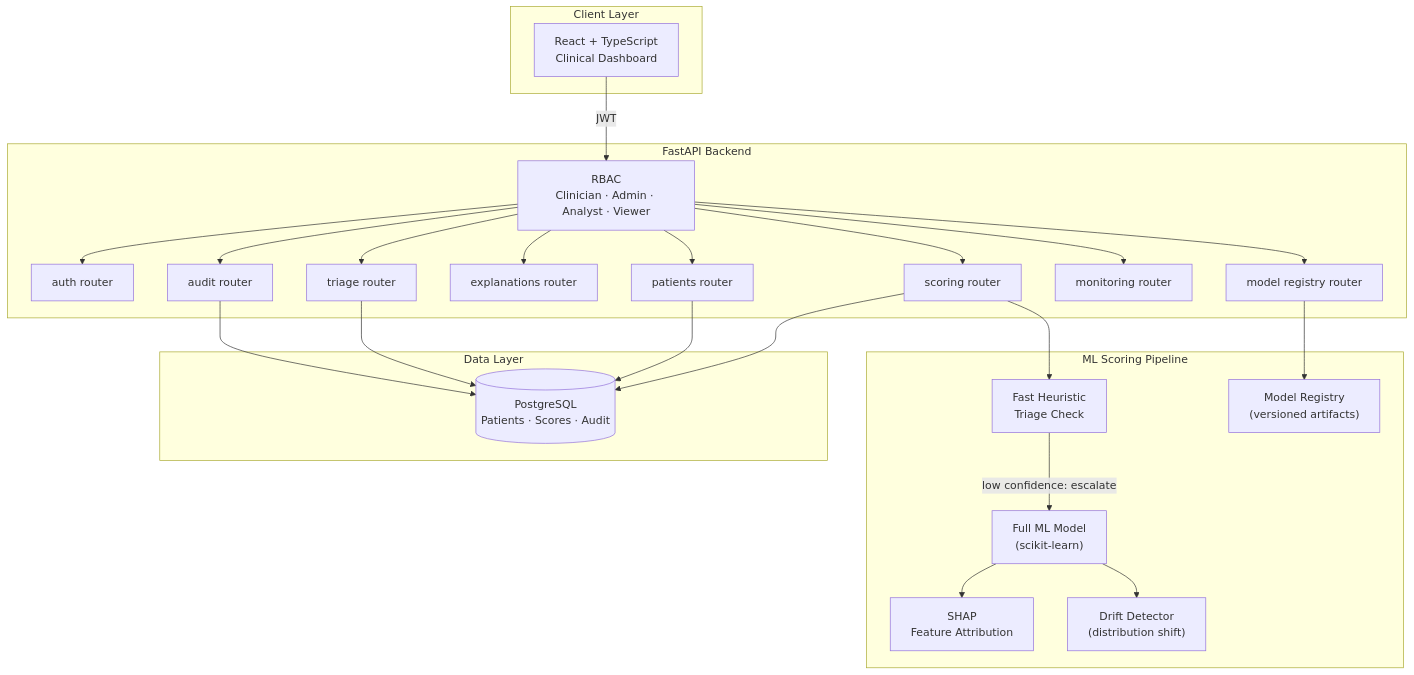
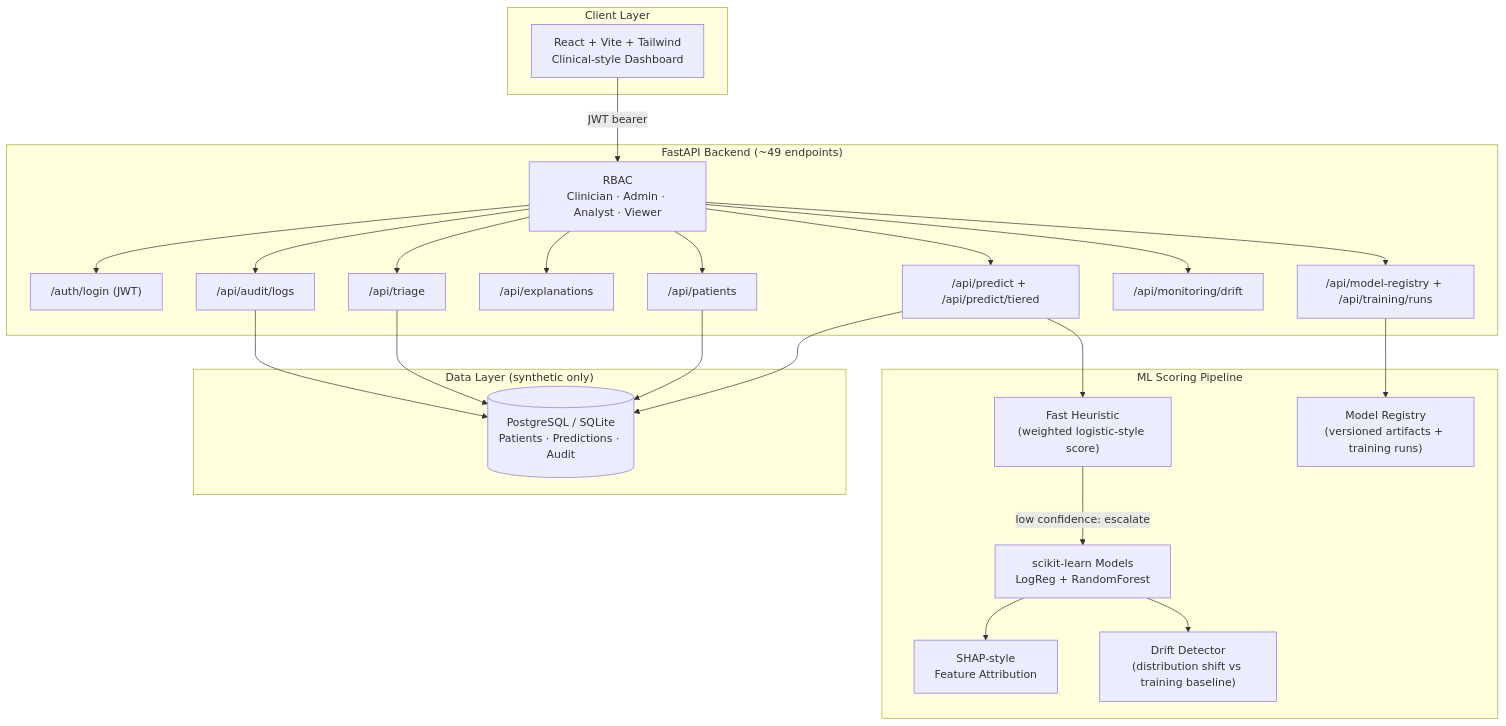
The diagram in README.md (RyanJBush/healthcare-risk-prediction-and-clinical-analytics-platform), drawn with Mermaid before and after one commit. The commit also changed other lines of this file and 5 other files, not shown here.

First line of the commit message:
docs: recruiter-readiness pass — README, architecture, API, runbook, screenshots

````diff
--- a/README.md
+++ b/README.md
@@ -45,39 +85,39 @@
 ```mermaid
 flowchart TD
     subgraph Client["Client Layer"]
-        UI["React + TypeScript\nClinical Dashboard"]
+        UI["React + Vite + Tailwind\nClinical-style Dashboard"]
     end
 
-    subgraph API["FastAPI Backend"]
-        R_AUTH["auth router"]
-        R_PAT["patients router"]
-        R_SCORE["scoring router"]
-        R_EXPLAIN["explanations router"]
-        R_TRIAGE["triage router"]
-        R_MODELS["model registry router"]
-        R_MONITOR["monitoring router"]
-        R_AUDIT["audit router"]
+    subgraph API["FastAPI Backend (~49 endpoints)"]
+        AUTH["/auth/login (JWT)"]
+        PAT["/api/patients"]
+        SCORE["/api/predict + /api/predict/tiered"]
+        EXPLAIN["/api/explanations"]
+        TRIAGE["/api/triage"]
+        REG["/api/model-registry + /api/training/runs"]
+        MON["/api/monitoring/drift"]
+        AUDIT["/api/audit/logs"]
         RBAC["RBAC\nClinician · Admin · Analyst · Viewer"]
     end
 
     subgraph ML["ML Scoring Pipeline"]
-        HEURISTIC["Fast Heuristic\nTriage Check"]
-        FULL_ML["Full ML Model\n(scikit-learn)"]
-        SHAP["SHAP\nFeature Attribution"]
-        DRIFT["Drift Detector\n(distribution shift)"]
-        REGISTRY["Model Registry\n(versioned artifacts)"]
+        HEURISTIC["Fast Heuristic\n(weighted logistic-style score)"]
+        FULL_ML["scikit-learn Models\nLogReg + RandomForest"]
+        SHAP["SHAP-style\nFeature Attribution"]
+        DRIFT["Drift Detector\n(distribution shift vs training baseline)"]
+        REGISTRY["Model Registry\n(versioned artifacts + training runs)"]
     end
 
-    subgraph Data["Data Layer"]
-        PG[("PostgreSQL\nPatients · Scores · Audit")]
+    subgraph Data["Data Layer (synthetic only)"]
+        DB[("PostgreSQL / SQLite\nPatients · Predictions · Audit")]
     end
 
-    UI -->|"JWT"| RBAC
-    RBAC --> R_AUTH & R_PAT & R_SCORE & R_EXPLAIN & R_TRIAGE & R_MODELS & R_MONITOR & R_AUDIT
-    R_SCORE --> HEURISTIC
+    UI -->|"JWT bearer"| RBAC
+    RBAC --> AUTH & PAT & SCORE & EXPLAIN & TRIAGE & REG & MON & AUDIT
+    SCORE --> HEURISTIC
     HEURISTIC -->|"low confidence: escalate"| FULL_ML
     FULL_ML --> SHAP
     FULL_ML --> DRIFT
-    R_MODELS --> REGISTRY
-    R_SCORE & R_PAT & R_TRIAGE & R_AUDIT --> PG
+    REG --> REGISTRY
+    SCORE & PAT & TRIAGE & AUDIT --> DB
 ```
````
